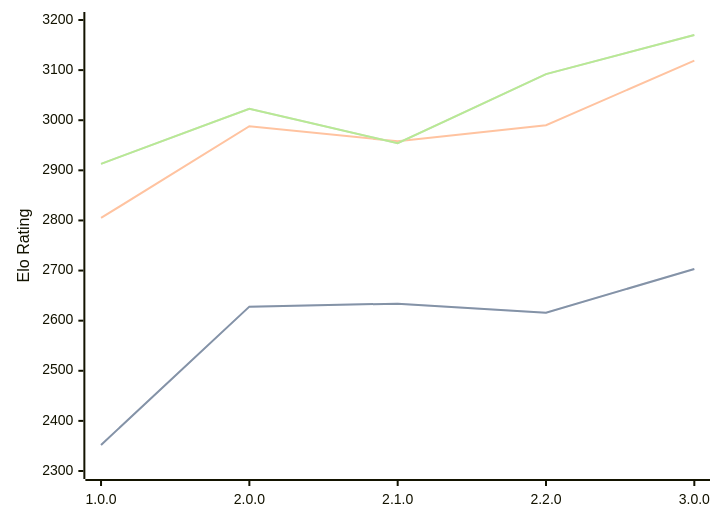
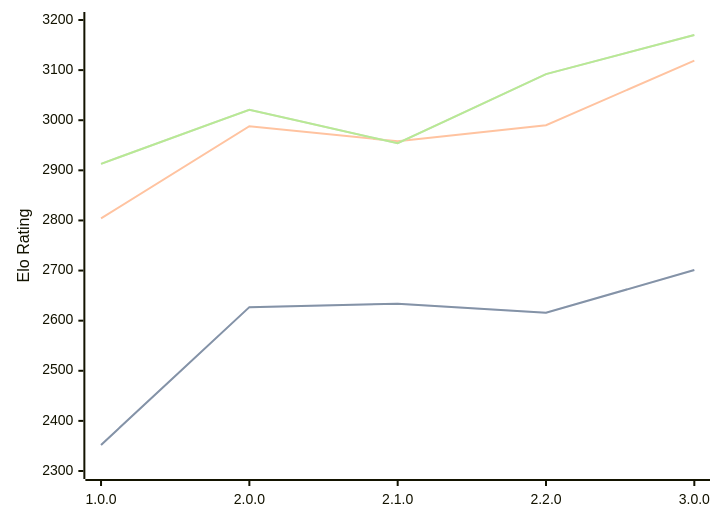
The diagram in engines/Catalyst.md (computer-chess-index/cci), drawn with Mermaid before and after one commit. The commit also changed other lines of this file, not shown here.

Commit message:
Update CCI Ratings (ELO VLTC) - 2026-04-29

````diff
--- a/engines/Catalyst.md
+++ b/engines/Catalyst.md
@@ -35,11 +35,11 @@
 ```mermaid
 %%{init: {"theme":"base","themeVariables":{"seriesColors:['#a3a3a3','#222221','#faa371']}}}%%
 xychart-beta
   x-axis ["1.0.0", "2.0.0", "2.1.0", "2.2.0", "3.0.0"]
   y-axis "Elo Rating" 2300 --> 3200
-  line "STC (8.0+0.08s)" [2352, 2628, 2634, 2616, 2703]
-  line "STC (8.0+0.08s)" [2352, 2628, 2634, 2616, 2703]
-  line "LTC (60.0+0.60s)" [2805, 2988, 2958, 2990, 3119]
-  line "VLTC (2m24s+1.12s)" [2913, 3023, 2954, 3092, 3170]
-  line "VLTC (2m24s+1.12s)" [2913, 3023, 2954, 3092, 3170]
+  line "STC (8.0+0.08s)" [2352, 2627, 2634, 2616, 2701]
+  line "STC (8.0+0.08s)" [2352, 2627, 2634, 2616, 2701]
+  line "LTC (60.0+0.60s)" [2804, 2988, 2958, 2990, 3119]
+  line "VLTC (2m24s+1.12s)" [2913, 3021, 2954, 3092, 3170]
+  line "VLTC (2m24s+1.12s)" [2913, 3021, 2954, 3092, 3170]
 ```
````
